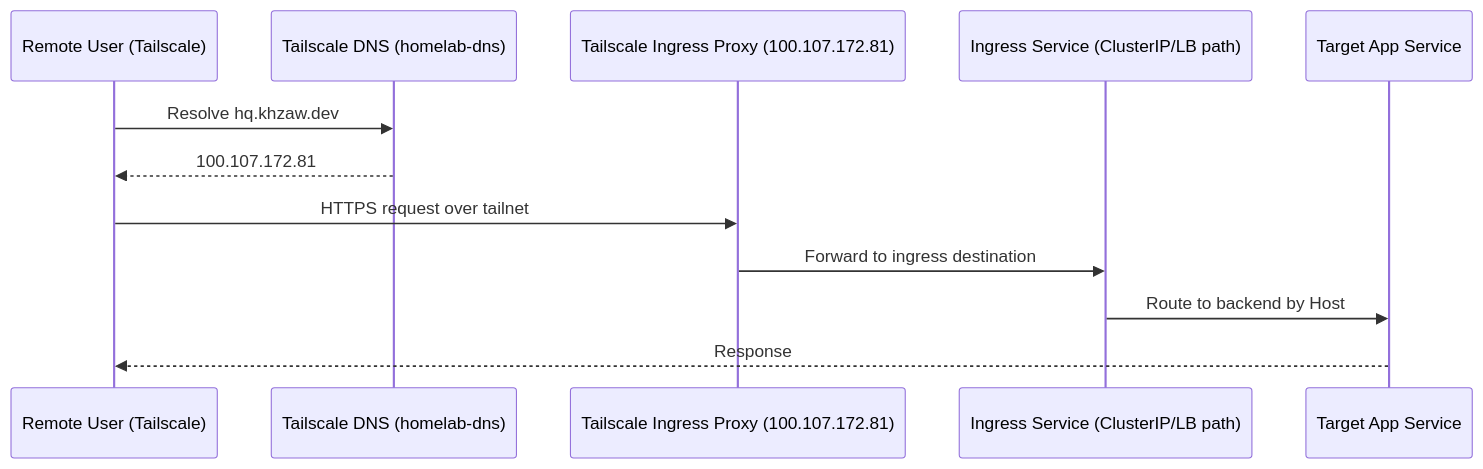
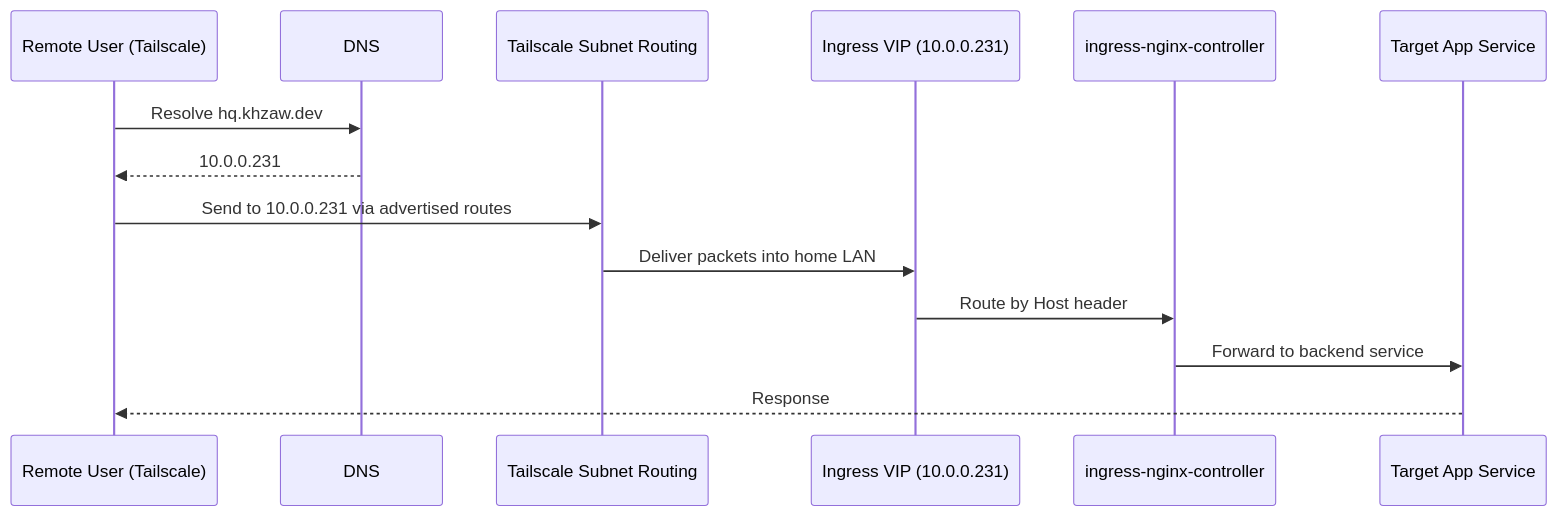
Before and after one commit to khzaw/rangoonpulse: the second of 3 diagrams in docs/networking-current-state-and-simplification.md, drawn with Mermaid. The commit also changed other lines of this file and 4 other files, not shown here.

````diff
--- a/docs/networking-current-state-and-simplification.md
+++ b/docs/networking-current-state-and-simplification.md
@@ -67,15 +70,17 @@
 ```mermaid
 sequenceDiagram
     participant U as Remote User (Tailscale)
-    participant TD as Tailscale DNS (homelab-dns)
-    participant TP as Tailscale Ingress Proxy (100.107.172.81)
-    participant I as Ingress Service (ClusterIP/LB path)
+    participant D as DNS
+    participant T as Tailscale Subnet Routing
+    participant I as Ingress VIP (10.0.0.231)
+    participant N as ingress-nginx-controller
     participant A as Target App Service
 
-    U->>TD: Resolve hq.khzaw.dev
-    TD-->>U: 100.107.172.81
-    U->>TP: HTTPS request over tailnet
-    TP->>I: Forward to ingress destination
-    I->>A: Route to backend by Host
+    U->>D: Resolve hq.khzaw.dev
+    D-->>U: 10.0.0.231
+    U->>T: Send to 10.0.0.231 via advertised routes
+    T->>I: Deliver packets into home LAN
+    I->>N: Route by Host header
+    N->>A: Forward to backend service
     A-->>U: Response
 ```
````
